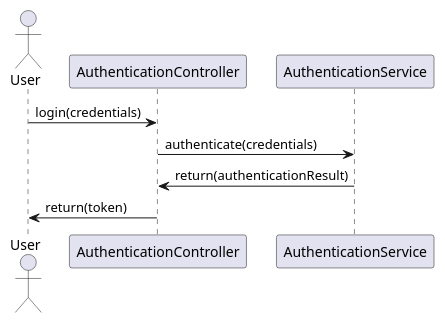
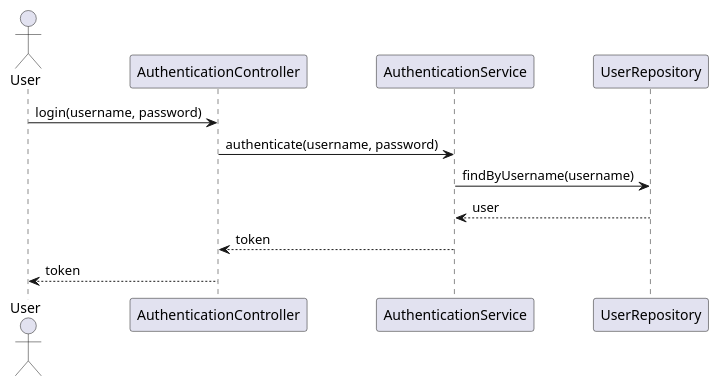
One commit to Dinesh-s95/AutoDoc.ai changed the second of 4 diagrams in enrollment/documentation/detaileddesign.adoc. Above: the diagram before and after it, drawn with PlantUML. The commit also changed other lines of this file and 2 other files, not shown here.

```diff
--- a/enrollment/documentation/detaileddesign.adoc
+++ b/enrollment/documentation/detaileddesign.adoc
@@ -123,13 +196,16 @@
-[plantuml, sequence-authentication, png]
-....
+[plantuml, authentication-flow, png]
+----
 @startuml
 actor User
-participant "AuthenticationController" as AC
-participant "AuthenticationService" as AS
+participant "AuthenticationController" as AuthController
+participant "AuthenticationService" as AuthService
+participant "UserRepository" as UserRepo
 
-User -> AC : login(credentials)
-AC -> AS : authenticate(credentials)
-AS -> AC : return(authenticationResult)
-AC -> User : return(token)
+User -> AuthController : login(username, password)
+AuthController -> AuthService : authenticate(username, password)
+AuthService -> UserRepo : findByUsername(username)
+UserRepo --> AuthService : user
+AuthService --> AuthController : token
+AuthController --> User : token
 @enduml
-....
+----
```
